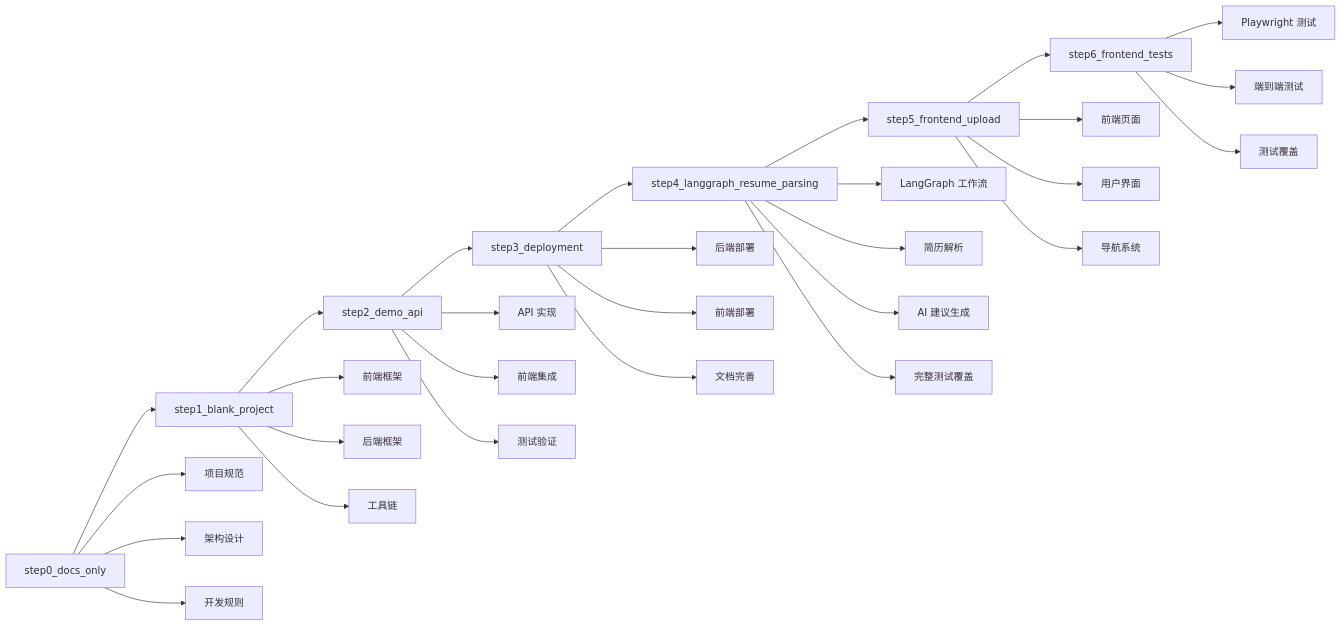
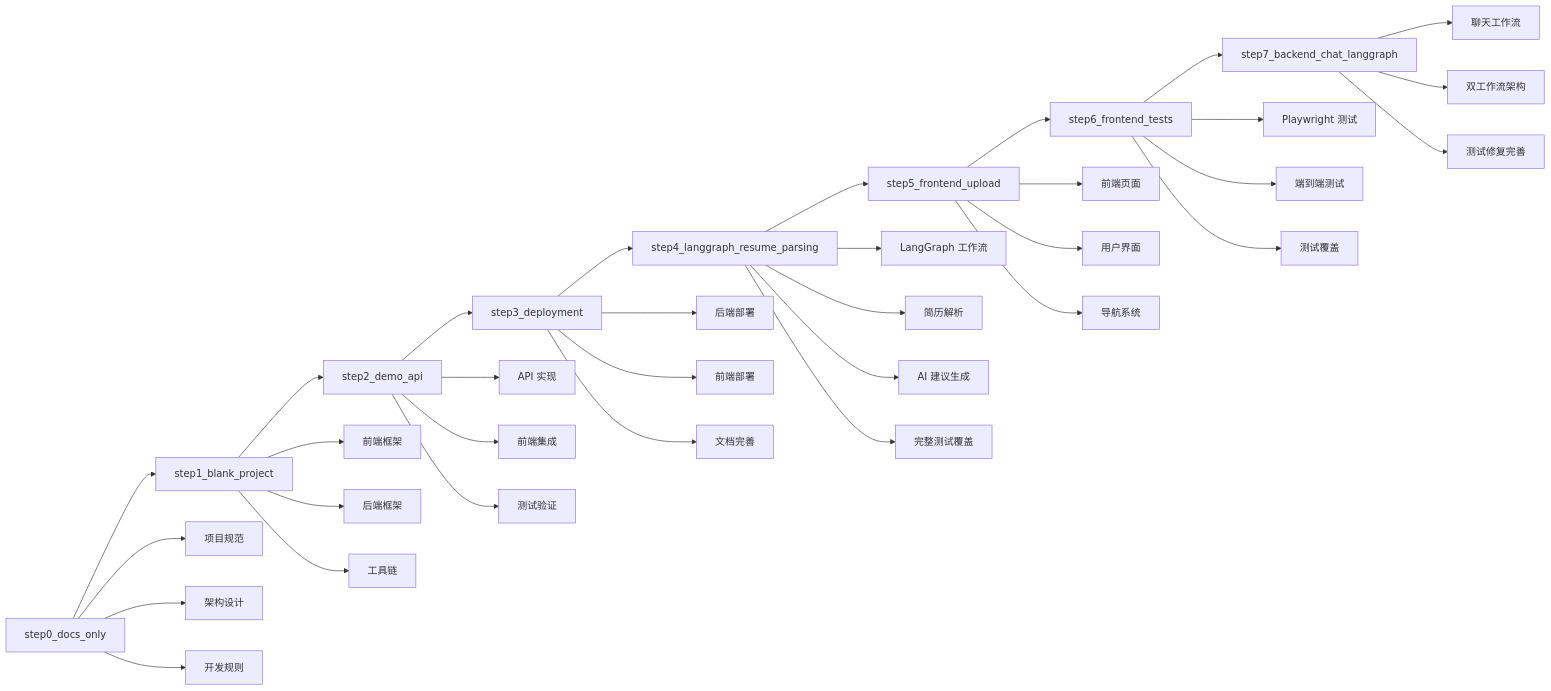
The third of 3 diagrams in TAGS.md (benyue1978/learn_agent_jobprep), drawn with Mermaid before and after one commit. The commit also changed other lines of this file and 26 other files, not shown here.

````diff
--- a/TAGS.md
+++ b/TAGS.md
@@ -317,38 +399,43 @@
 ```mermaid
 graph LR
     A[step0_docs_only] --> B[step1_blank_project]
     B --> C[step2_demo_api]
     C --> D[step3_deployment]
     D --> E[step4_langgraph_resume_parsing]
     E --> F[step5_frontend_upload]
     F --> G[step6_frontend_tests]
+    G --> H[step7_backend_chat_langgraph]
 
     A --> A1[项目规范]
     A --> A2[架构设计]
     A --> A3[开发规则]
 
     B --> B1[前端框架]
     B --> B2[后端框架]
     B --> B3[工具链]
 
     C --> C1[API 实现]
     C --> C2[前端集成]
     C --> C3[测试验证]
 
     D --> D1[后端部署]
     D --> D2[前端部署]
     D --> D3[文档完善]
 
     E --> E1[LangGraph 工作流]
     E --> E2[简历解析]
     E --> E3[AI 建议生成]
     E --> E4[完整测试覆盖]
 
     F --> F1[前端页面]
     F --> F2[用户界面]
     F --> F3[导航系统]
 
     G --> G1[Playwright 测试]
     G --> G2[端到端测试]
     G --> G3[测试覆盖]
+
+    H --> H1[聊天工作流]
+    H --> H2[双工作流架构]
+    H --> H3[测试修复完善]
 ```
````
